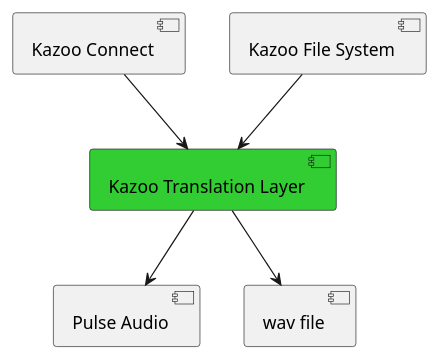
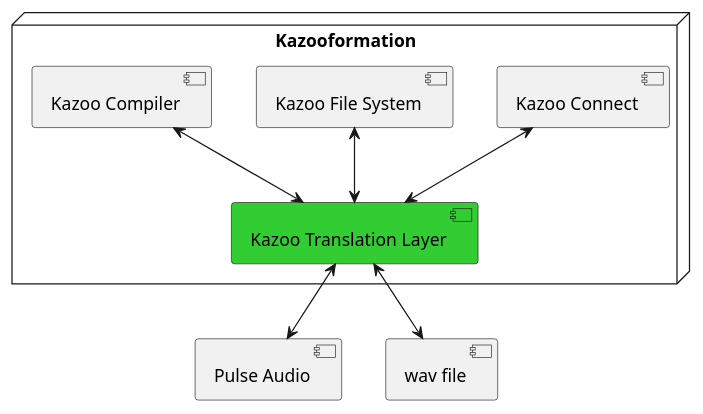
Before and after one commit to joshua-jerred/kazooformation: the diagram in proposal/org_diagram.puml, drawn with PlantUML. The commit also changed 3 other files, not shown here.

```diff
--- a/proposal/org_diagram.puml
+++ b/proposal/org_diagram.puml
@@ -1,15 +1,19 @@
 @startuml
 
-component "Kazoo Connect" as kc
-component "Kazoo File System" as kfs
-component "Kazoo Translation Layer" as ktl #LimeGreen
+node Kazooformation {
+  component "Kazoo Connect" as kc
+  component "Kazoo File System" as kfs
+  component "Kazoo Compiler" as kazoo_compiler
+  component "Kazoo Translation Layer" as ktl #LimeGreen
+}
 component "Pulse Audio" as pa
 component "wav file" as wav
 
-kc --> ktl
-kfs --> ktl
+kc <--> ktl
+kfs <--> ktl
+kazoo_compiler <--> ktl
 
-ktl --> pa
-ktl --> wav
+ktl <--> pa
+ktl <--> wav
 
 @enduml
```
